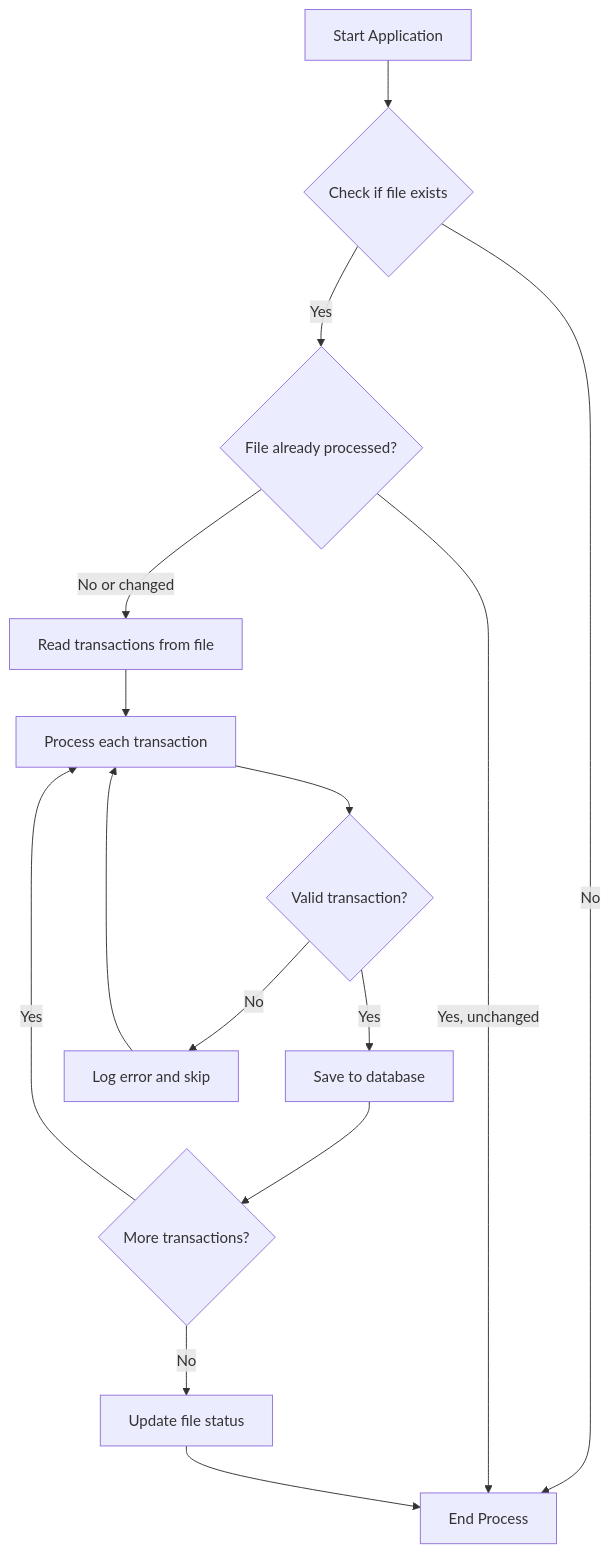
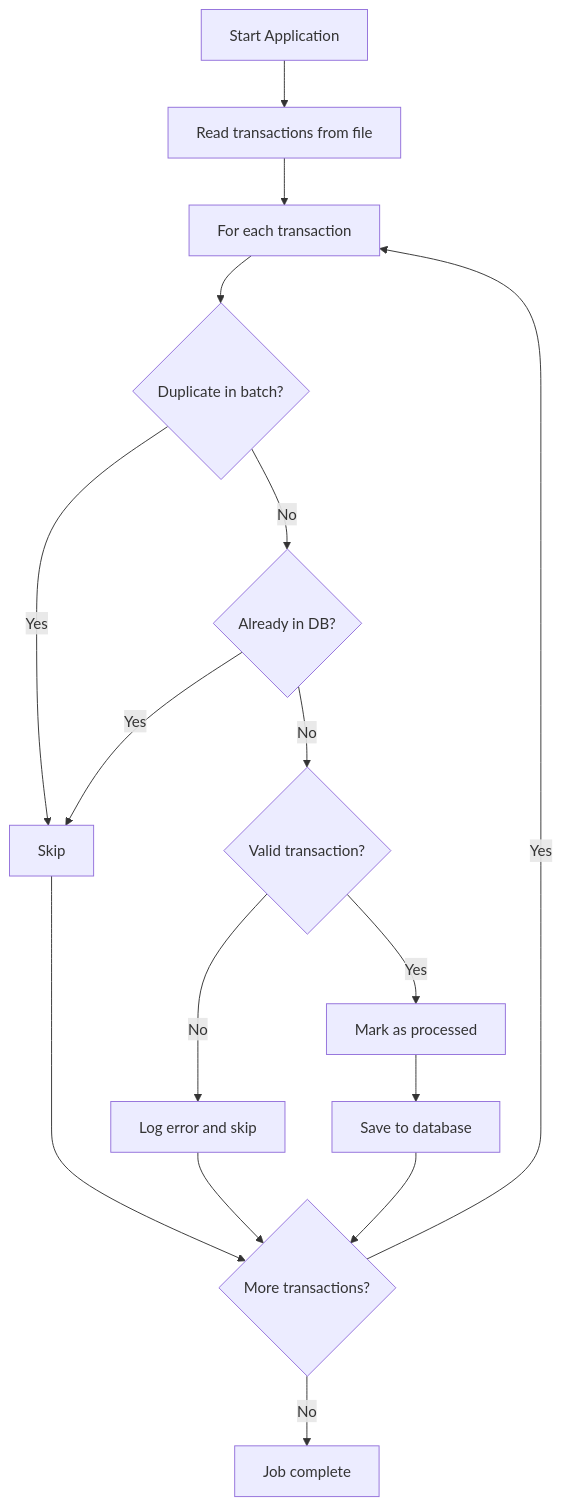
The second of 4 diagrams in README.md (kwanlung/maybank-tech-assessment), drawn with Mermaid before and after one commit. The commit also changed other lines of this file and 1 other file, not shown here.

````diff
--- a/README.md
+++ b/README.md
@@ -216,17 +209,18 @@
 ```mermaid
 flowchart TD
-    A[Start Application] --> B{Check if file exists}
-    B -->|No| Z[End Process]
-    B -->|Yes| C{File already processed?}
-    C -->|Yes, unchanged| Z
-    C -->|No or changed| D[Read transactions from file]
-    D --> E[Process each transaction]
-    E --> F{Valid transaction?}
-    F -->|Yes| G[Save to database]
-    F -->|No| H[Log error and skip]
-    H --> E
-    G --> I{More transactions?}
-    I -->|Yes| E
-    I -->|No| J[Update file status]
-    J --> Z
+    A[Start Application] --> B[Read transactions from file]
+    B --> C[For each transaction]
+    C --> D{Duplicate in batch?}
+    D -->|Yes| E[Skip]
+    D -->|No| F{Already in DB?}
+    F -->|Yes| E
+    F -->|No| G{Valid transaction?}
+    G -->|No| H[Log error and skip]
+    G -->|Yes| I[Mark as processed]
+    I --> J[Save to database]
+    J --> K{More transactions?}
+    K -->|Yes| C
+    K -->|No| L[Job complete]
+    E --> K
+    H --> K
 ```
````
